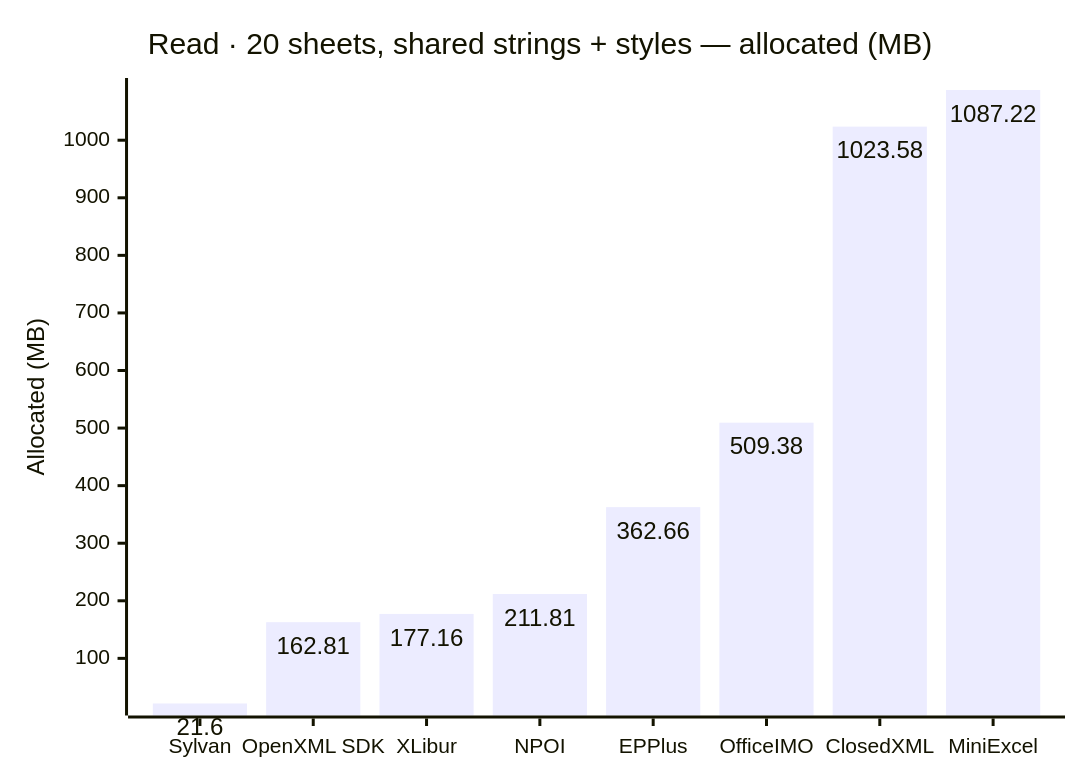
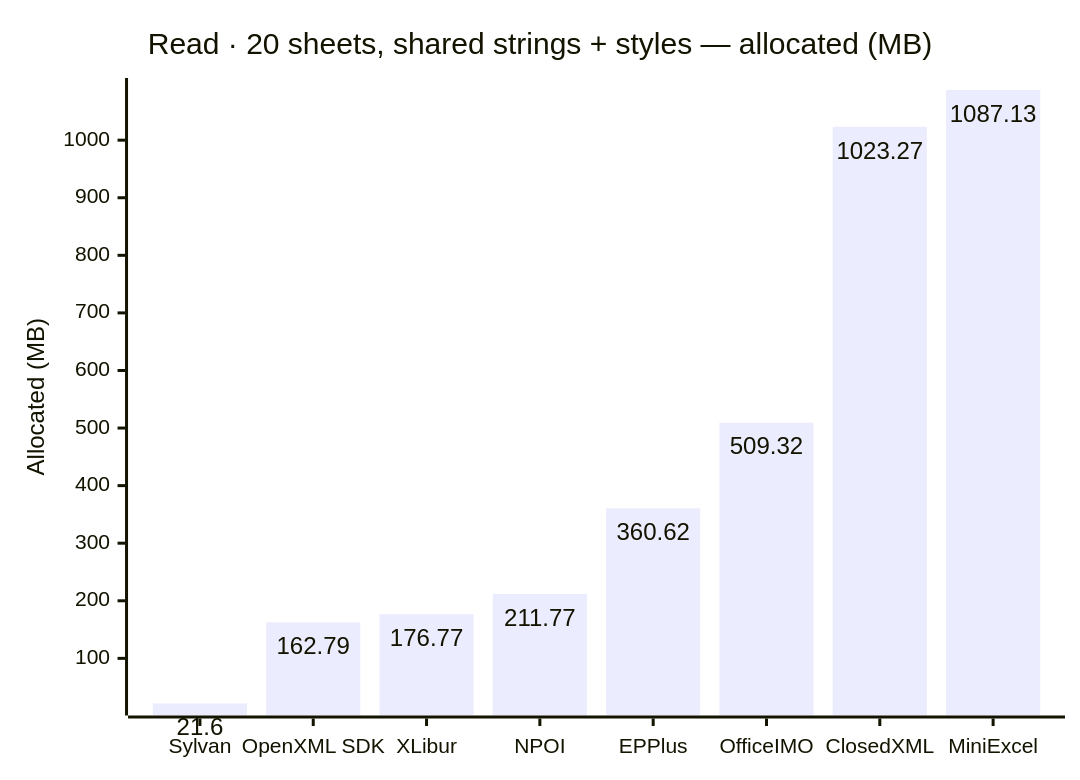
One commit to jafin/XLBench changed the sixth of 18 diagrams in docs/results-ci.md. Above: the diagram before and after it, drawn with Mermaid. The commit also changed other lines of this file, not shown here.

````diff
--- a/docs/results-ci.md
+++ b/docs/results-ci.md
@@ -108,12 +108,12 @@
 ```mermaid
 ---
 config:
   xyChart:
     showDataLabel: true
 ---
 xychart-beta
     title "Read · 20 sheets, shared strings + styles — allocated (MB)"
     x-axis ["Sylvan", "OpenXML SDK", "XLibur", "NPOI", "EPPlus", "OfficeIMO", "ClosedXML", "MiniExcel"]
     y-axis "Allocated (MB)"
-    bar [21.6, 162.81, 177.16, 211.81, 362.66, 509.38, 1023.58, 1087.22]
+    bar [21.6, 162.79, 176.77, 211.77, 360.62, 509.32, 1023.27, 1087.13]
 ```
````
